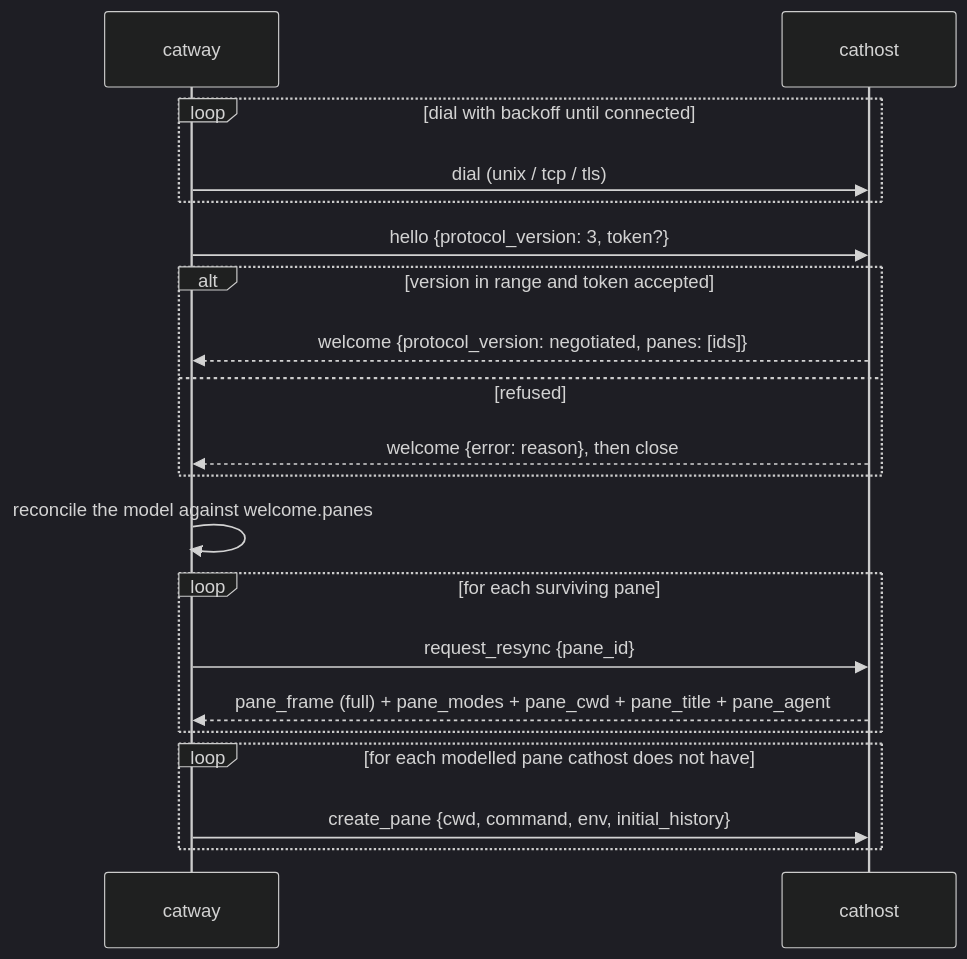
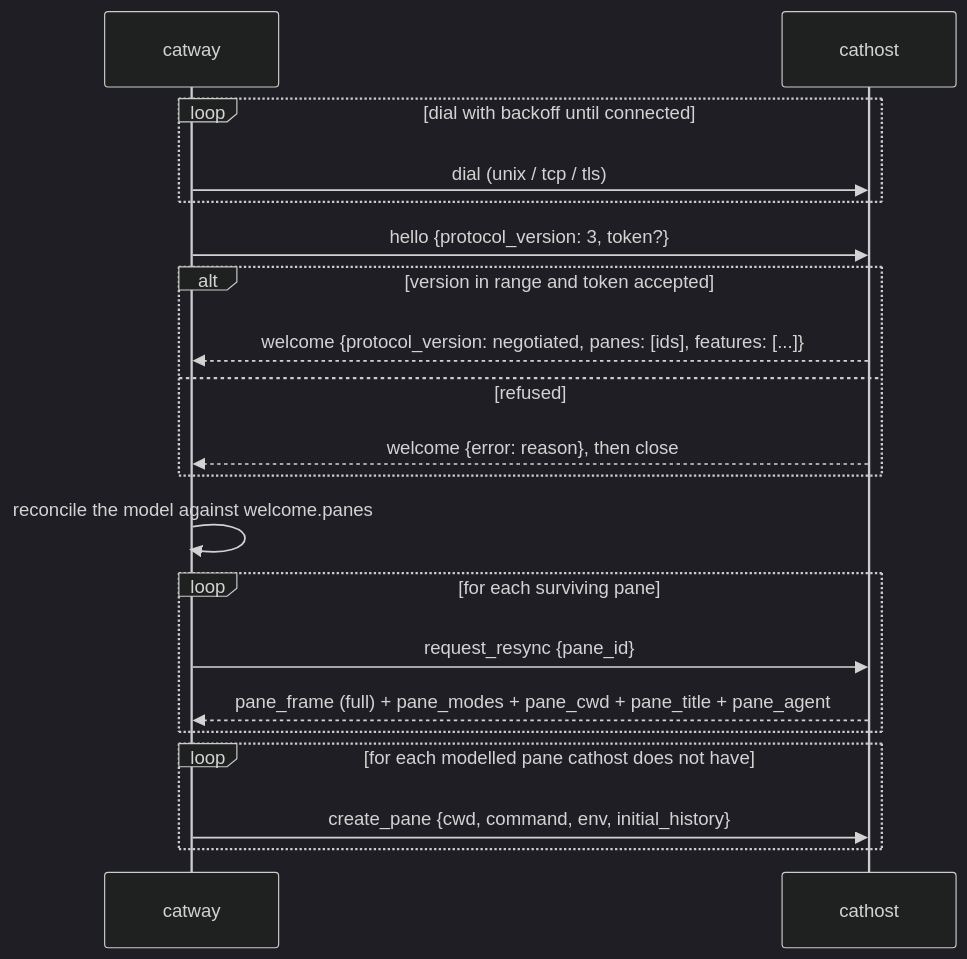
One commit to rohanthewiz/cats changed the first of 4 diagrams in docs/protocols/orchestration-seam.md. Above: the diagram before and after it, drawn with Mermaid (dark theme). The commit also changed other lines of this file and 13 other files, not shown here.

````diff
--- a/docs/protocols/orchestration-seam.md
+++ b/docs/protocols/orchestration-seam.md
@@ -33,23 +33,23 @@
 ```mermaid
 sequenceDiagram
   participant GW as catway
   participant TH as cathost
 
   loop dial with backoff until connected
     GW->>TH: dial (unix / tcp / tls)
   end
   GW->>TH: hello {protocol_version: 3, token?}
   alt version in range and token accepted
-    TH-->>GW: welcome {protocol_version: negotiated, panes: [ids]}
+    TH-->>GW: welcome {protocol_version: negotiated, panes: [ids], features: [...]}
   else refused
     TH-->>GW: welcome {error: reason}, then close
   end
   GW->>GW: reconcile the model against welcome.panes
   loop for each surviving pane
     GW->>TH: request_resync {pane_id}
     TH-->>GW: pane_frame (full) + pane_modes + pane_cwd + pane_title + pane_agent
   end
   loop for each modelled pane cathost does not have
     GW->>TH: create_pane {cwd, command, env, initial_history}
   end
 ```
````
